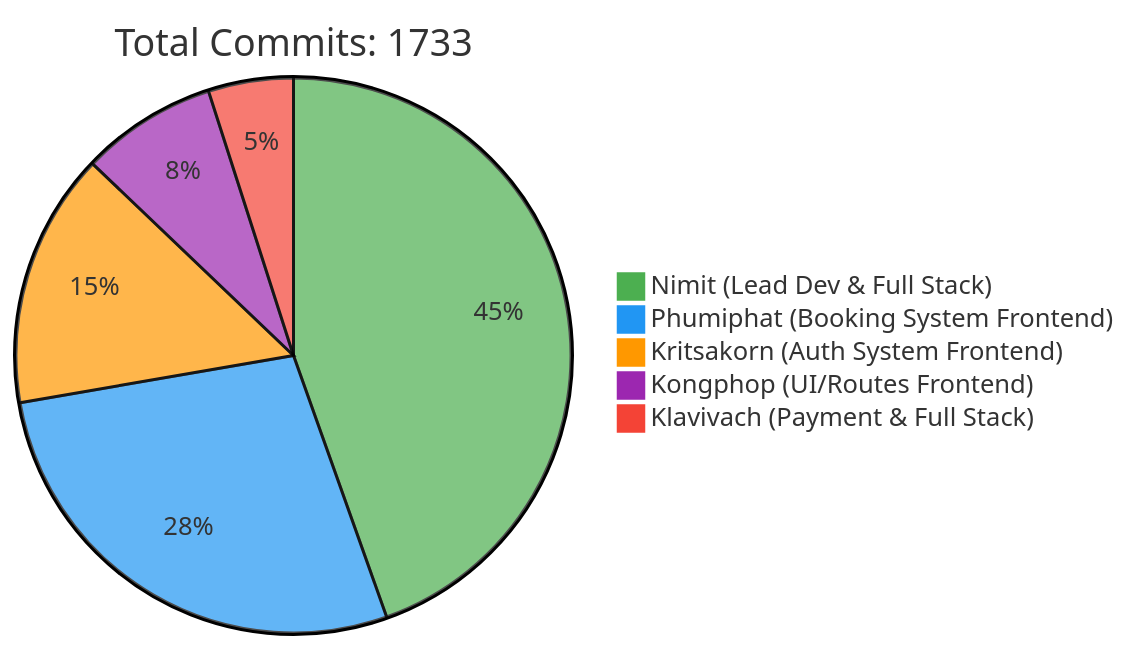
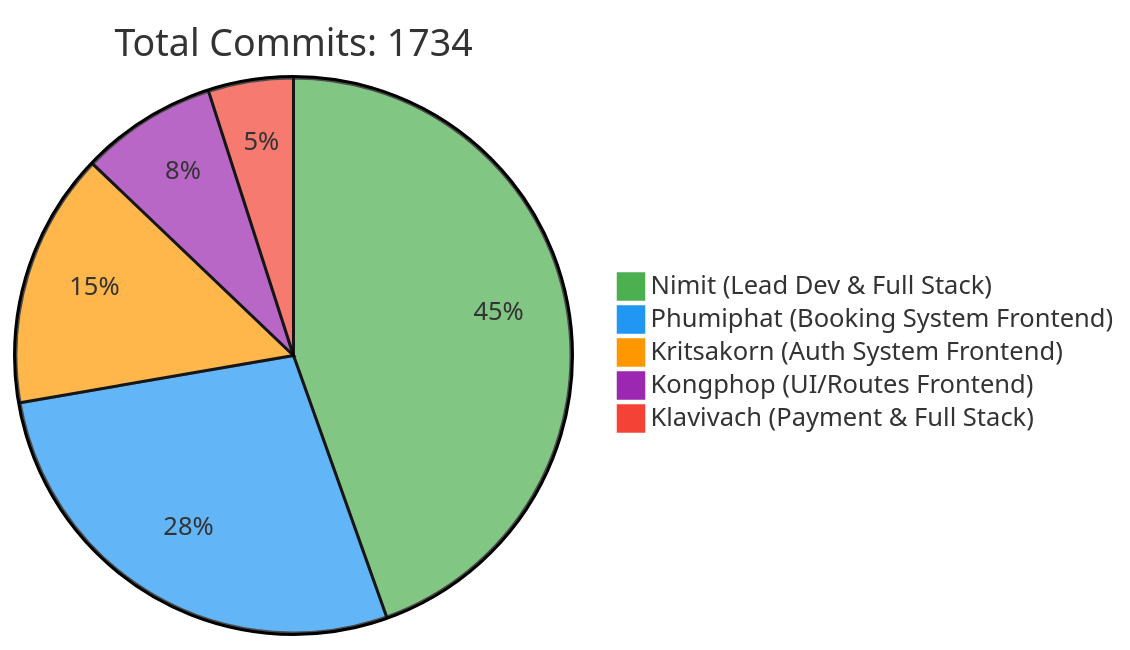
Before and after one commit to 6531503042/Sport-Complex: the first of 2 diagrams in README.md, drawn with Mermaid. The commit also changed other lines of this file, not shown here.

Commit message:
docs: Update contributor statistics [skip ci]

````diff
--- a/README.md
+++ b/README.md
@@ -257,10 +257,10 @@
 ```mermaid
 %%{init: {'theme': 'base', 'themeVariables': { 'pie1': '#4CAF50', 'pie2': '#2196F3', 'pie3': '#FF9800', 'pie4': '#9C27B0', 'pie5': '#F44336'}}}%%
 pie
-    title Total Commits: 1733
+    title Total Commits: 1734
     "Nimit (Lead Dev & Full Stack)" : 450
     "Phumiphat (Booking System Frontend)" : 280
     "Kritsakorn (Auth System Frontend)" : 150
     "Kongphop (UI/Routes Frontend)" : 80
     "Klavivach (Payment & Full Stack)" : 50
 ```
````
